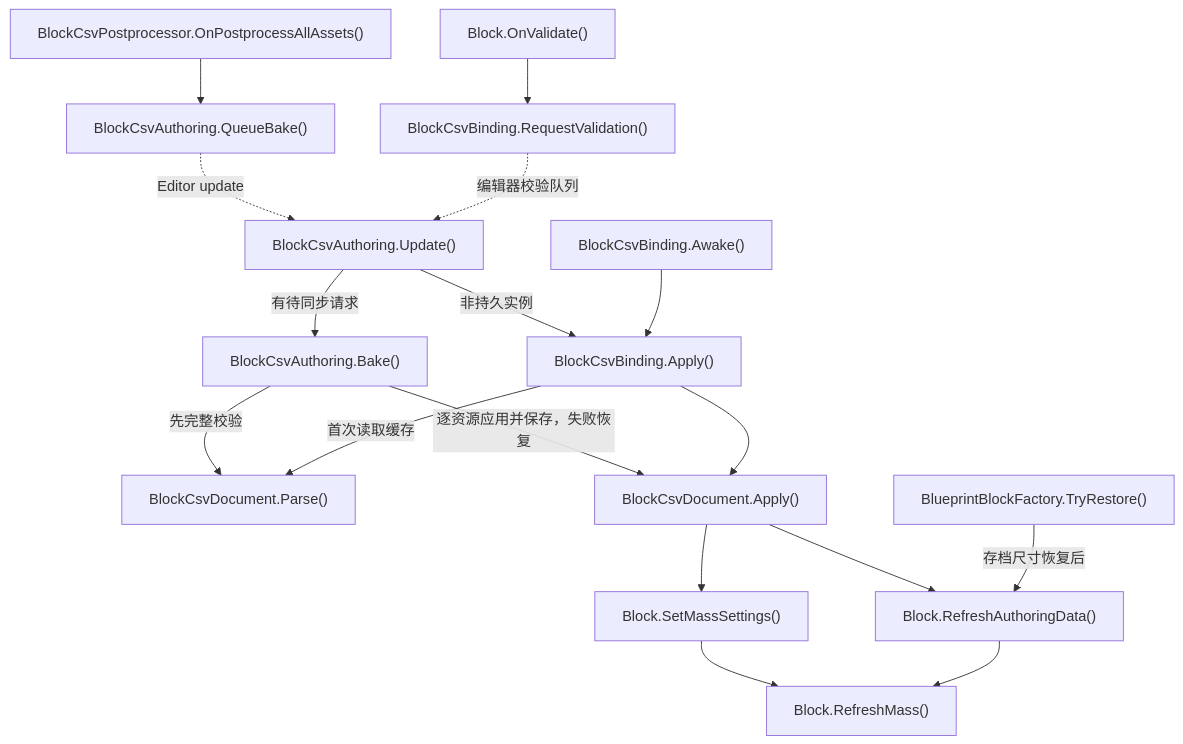
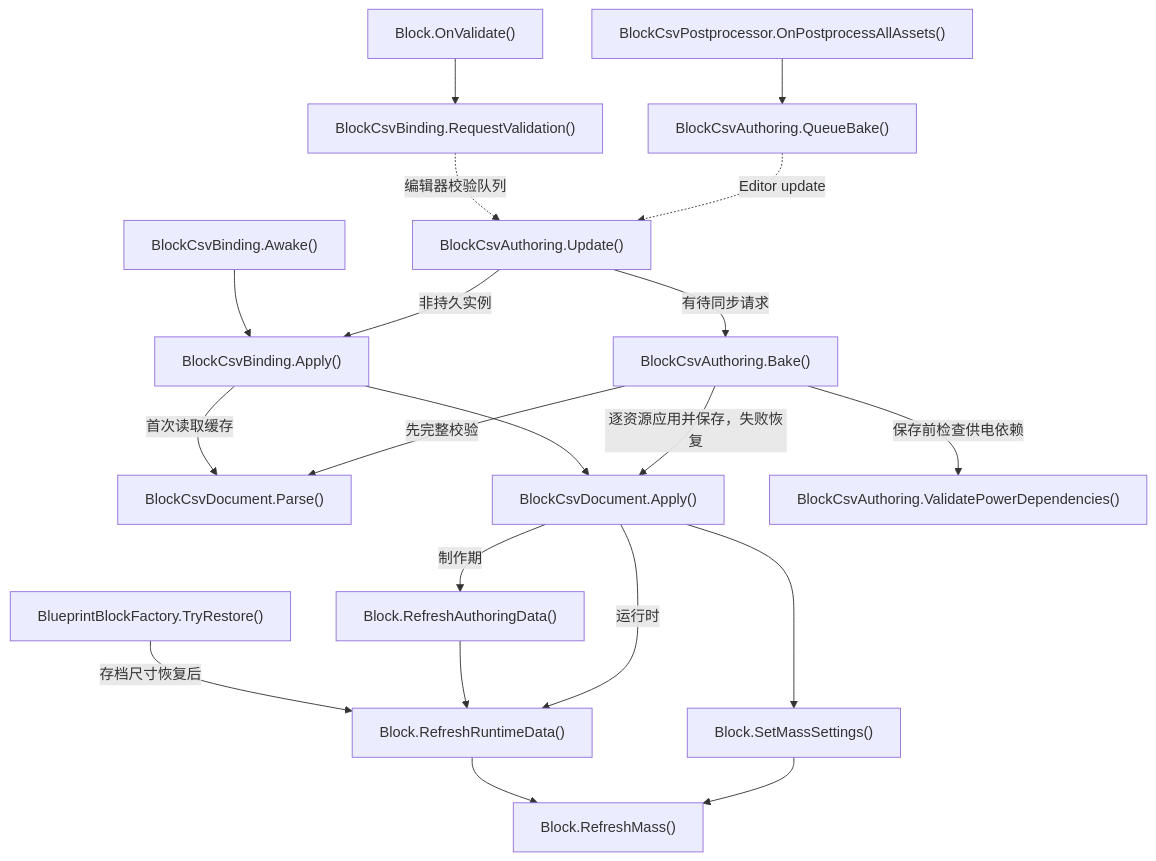
The first of 10 diagrams in Docs/RuntimeFlow.md (kukudia/HY-Sandbox), drawn with Mermaid before and after one commit. The commit also changed other lines of this file and 18 other files, not shown here.

First line of the commit message:
Fix repair bay power dependency and CSV runtime state preservation

````diff
--- a/Docs/RuntimeFlow.md
+++ b/Docs/RuntimeFlow.md
@@ -13,47 +13,54 @@
 ```mermaid
 flowchart TD
     A["BlockCsvPostprocessor.OnPostprocessAllAssets()"]
     click A "../Assets/Editor/Building/BlockCsvPostprocessor.cs#L8" "打开源码"
     B["BlockCsvAuthoring.QueueBake()"]
-    click B "../Assets/Editor/Building/BlockCsvAuthoring.cs#L238" "打开源码"
+    click B "../Assets/Editor/Building/BlockCsvAuthoring.cs#L239" "打开源码"
     C["BlockCsvAuthoring.Update()"]
-    click C "../Assets/Editor/Building/BlockCsvAuthoring.cs#L252" "打开源码"
+    click C "../Assets/Editor/Building/BlockCsvAuthoring.cs#L287" "打开源码"
     D["BlockCsvAuthoring.Bake()"]
     click D "../Assets/Editor/Building/BlockCsvAuthoring.cs#L128" "打开源码"
     E["BlockCsvDocument.Parse()"]
     click E "../Assets/Scripts/Features/Building/BlockDataTables/BlockCsvDocument.cs#L33" "打开源码"
     F["BlockCsvDocument.Apply()"]
     click F "../Assets/Scripts/Features/Building/BlockDataTables/BlockCsvDocument.cs#L73" "打开源码"
     G["Block.OnValidate()"]
     click G "../Assets/Scripts/Features/Simulation/Block.cs#L71" "打开源码"
     H["BlockCsvBinding.RequestValidation()"]
     click H "../Assets/Scripts/Features/Building/BlockDataTables/BlockCsvBinding.cs#L33" "打开源码"
     I["BlockCsvBinding.Awake()"]
     click I "../Assets/Scripts/Features/Building/BlockDataTables/BlockCsvBinding.cs#L23" "打开源码"
     J["BlockCsvBinding.Apply()"]
     click J "../Assets/Scripts/Features/Building/BlockDataTables/BlockCsvBinding.cs#L41" "打开源码"
     K["Block.SetMassSettings()"]
-    click K "../Assets/Scripts/Features/Simulation/Block.cs#L138" "打开源码"
+    click K "../Assets/Scripts/Features/Simulation/Block.cs#L158" "打开源码"
     L["Block.RefreshMass()"]
-    click L "../Assets/Scripts/Features/Simulation/Block.cs#L125" "打开源码"
+    click L "../Assets/Scripts/Features/Simulation/Block.cs#L145" "打开源码"
     M["Block.RefreshAuthoringData()"]
-    click M "../Assets/Scripts/Features/Simulation/Block.cs#L82" "打开源码"
+    click M "../Assets/Scripts/Features/Simulation/Block.cs#L88" "打开源码"
     N["BlueprintBlockFactory.TryRestore()"]
     click N "../Assets/Scripts/Features/Building/BlueprintLoading/BlueprintBlockFactory.cs#L7" "打开源码"
+    O["Block.RefreshRuntimeData()"]
+    click O "../Assets/Scripts/Features/Simulation/Block.cs#L117" "打开源码"
+    P["BlockCsvAuthoring.ValidatePowerDependencies()"]
+    click P "../Assets/Editor/Building/BlockCsvAuthoring.cs#L246" "打开源码"
     A --> B
     B -.->|Editor update| C
     C -->|有待同步请求| D
     D -->|先完整校验| E
     D -->|逐资源应用并保存，失败恢复| F
     G --> H
     H -.->|编辑器校验队列| C
     C -->|非持久实例| J
     I --> J
     J -->|首次读取缓存| E
     J --> F
     F --> K
     K --> L
-    F --> M
-    M --> L
-    N -->|存档尺寸恢复后| M
+    F -->|制作期| M
+    F -->|运行时| O
+    M --> O
+    O --> L
+    N -->|存档尺寸恢复后| O
+    D -->|保存前检查供电依赖| P
 ```
````
